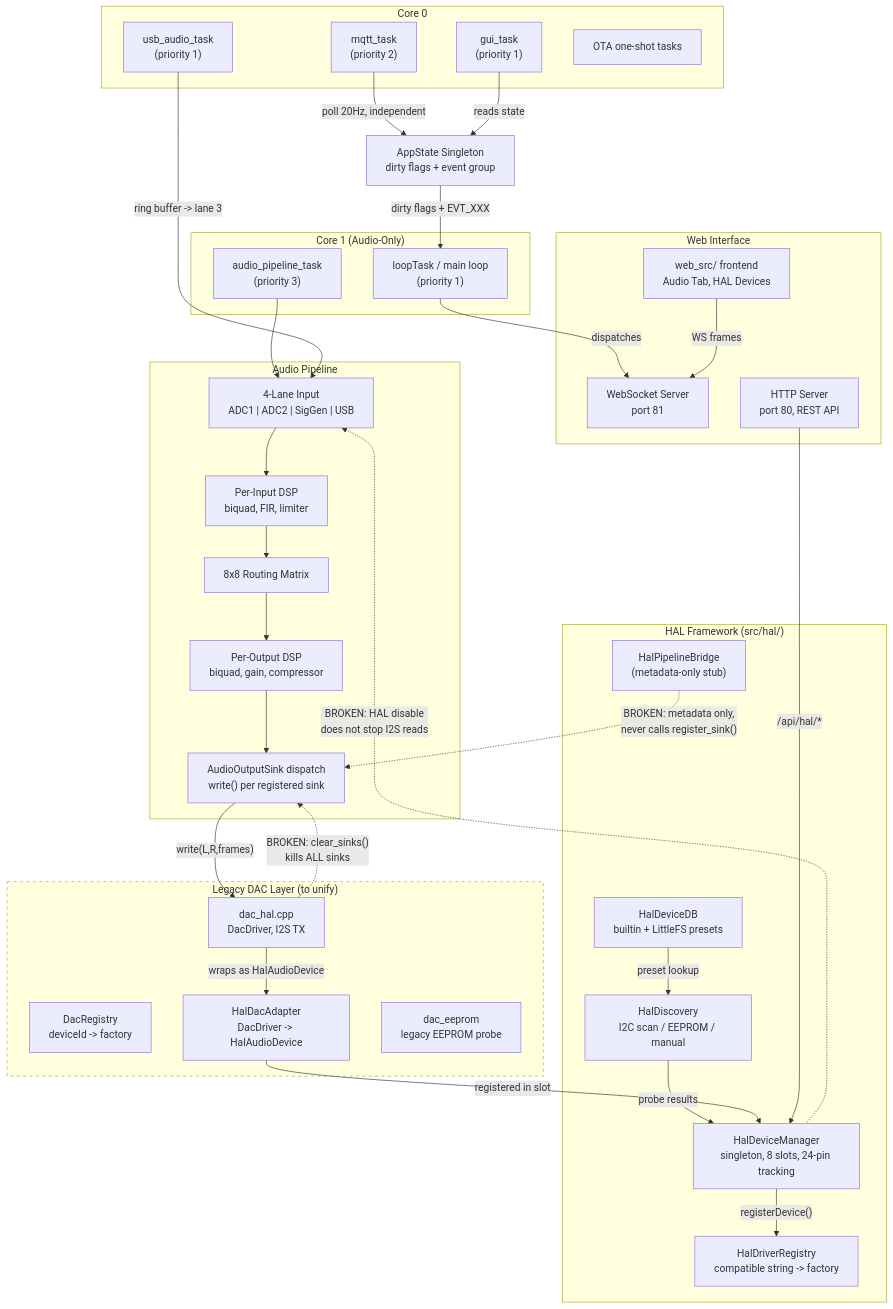
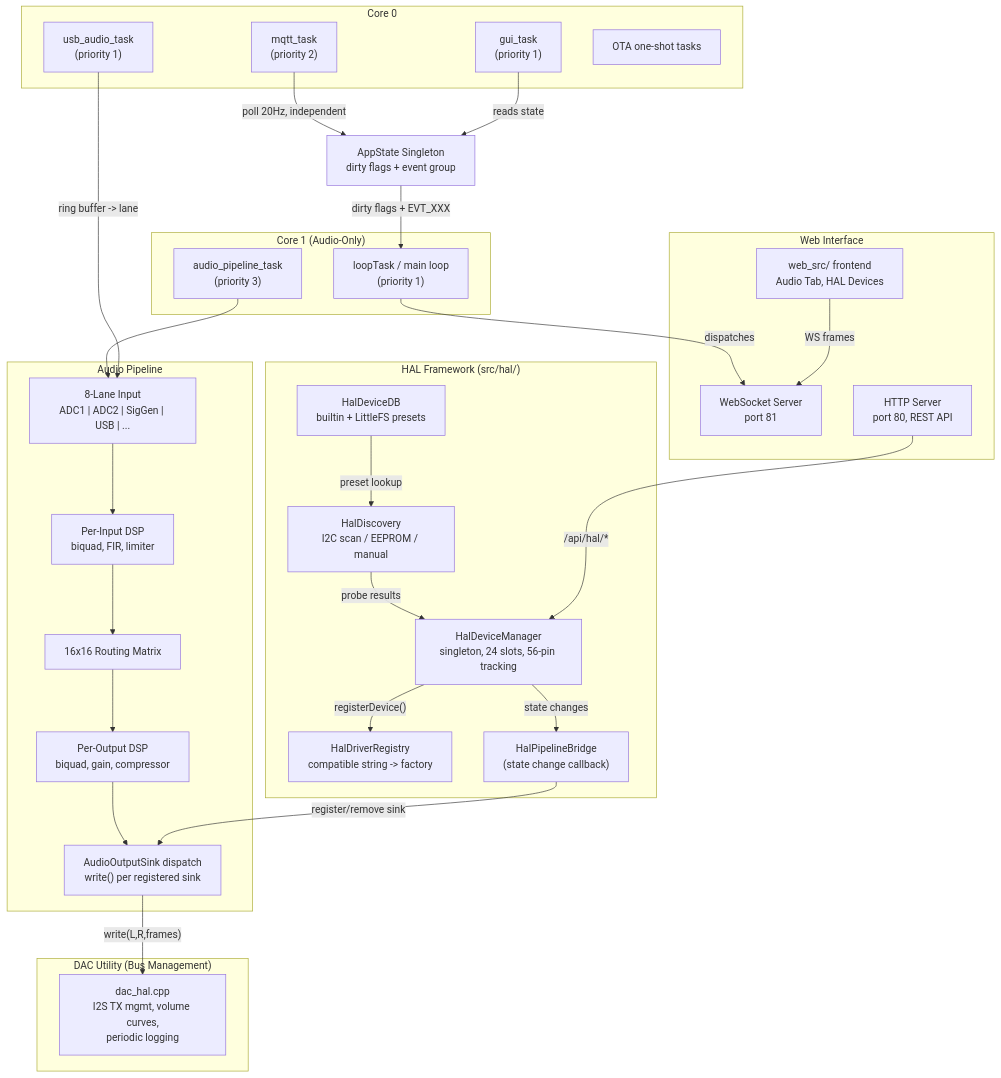
The first of 5 diagrams in docs-internal/architecture/system-interconnection.md (Schmackos/ALX_Nova_Controller_2), drawn with Mermaid before and after one commit. The commit also changed other lines of this file and 14 other files, not shown here.

First line of the commit message:
docs: fix legacy device references across Docusaurus site and architecture diagrams (#45)

````diff
--- a/docs-internal/architecture/system-interconnection.md
+++ b/docs-internal/architecture/system-interconnection.md
@@ -12,67 +11,66 @@
 ```mermaid
 graph TB
     subgraph Core1["Core 1 (Audio-Only)"]
         AP["audio_pipeline_task<br/>(priority 3)"]
         ML["loopTask / main loop<br/>(priority 1)"]
     end
 
     subgraph Core0["Core 0"]
         MQTT["mqtt_task<br/>(priority 2)"]
         GUI["gui_task<br/>(priority 1)"]
         USB["usb_audio_task<br/>(priority 1)"]
         OTA["OTA one-shot tasks"]
     end
 
     subgraph HAL["HAL Framework (src/hal/)"]
-        HM["HalDeviceManager<br/>singleton, 8 slots, 24-pin tracking"]
+        HM["HalDeviceManager<br/>singleton, 24 slots, 56-pin tracking"]
         HD["HalDiscovery<br/>I2C scan / EEPROM / manual"]
         HDB["HalDeviceDB<br/>builtin + LittleFS presets"]
         HR["HalDriverRegistry<br/>compatible string -> factory"]
-        HPB["HalPipelineBridge<br/>(metadata-only stub)"]
+        HPB["HalPipelineBridge<br/>(state change callback)"]
     end
 
     subgraph AudioPipeline["Audio Pipeline"]
-        INP["4-Lane Input<br/>ADC1 | ADC2 | SigGen | USB"]
+        INP["8-Lane Input<br/>ADC1 | ADC2 | SigGen | USB | ..."]
         DSP["Per-Input DSP<br/>biquad, FIR, limiter"]
-        MTX["8x8 Routing Matrix"]
+        MTX["16x16 Routing Matrix"]
         ODSP["Per-Output DSP<br/>biquad, gain, compressor"]
         SINKS["AudioOutputSink dispatch<br/>write() per registered sink"]
     end
 
-    subgraph LegacyDAC["Legacy DAC Layer (to unify)"]
-        style LegacyDAC stroke-dasharray: 5 5
-        DR["DacRegistry<br/>deviceId -> factory"]
-        DH["dac_hal.cpp<br/>DacDriver, I2S TX"]
-        HDA["HalDacAdapter<br/>DacDriver -> HalAudioDevice"]
-        DE["dac_eeprom<br/>legacy EEPROM probe"]
+    subgraph DacUtil["DAC Utility (Bus Management)"]
+        DH["dac_hal.cpp<br/>I2S TX mgmt, volume curves,<br/>periodic logging"]
     end
 
     subgraph WebGUI["Web Interface"]
         WS["WebSocket Server<br/>port 81"]
         HTTP["HTTP Server<br/>port 80, REST API"]
         WEB["web_src/ frontend<br/>Audio Tab, HAL Devices"]
     end
 
     AS["AppState Singleton<br/>dirty flags + event group"]
 
-    %% Working connections (solid)
+    %% HAL discovery & device registration
     HM -->|"registerDevice()"| HR
     HD -->|"probe results"| HM
     HDB -->|"preset lookup"| HD
+
+    %% Audio pipeline core flow
     AP --> INP --> DSP --> MTX --> ODSP --> SINKS
+
+    %% Bridge owns sink registration
+    HM -->|"state changes"| HPB
+    HPB -->|"register/remove sink"| SINKS
+
+    %% DAC utilities (bus layer)
     SINKS -->|"write(L,R,frames)"| DH
-    DH -->|"wraps as HalAudioDevice"| HDA
-    HDA -->|"registered in slot"| HM
+
+    %% State & main loop
     AS -->|"dirty flags + EVT_XXX"| ML
     ML -->|"dispatches"| WS
     MQTT -->|"poll 20Hz, independent"| AS
     GUI -->|"reads state"| AS
-    USB -->|"ring buffer -> lane 3"| INP
+    USB -->|"ring buffer -> lane"| INP
     WEB -->|"WS frames"| WS
     HTTP -->|"/api/hal/*"| HM
-
-    %% BROKEN connections (dashed)
-    HPB -.->|"BROKEN: metadata only,<br/>never calls register_sink()"| SINKS
-    HM -.->|"BROKEN: HAL disable<br/>does not stop I2S reads"| INP
-    DH -.->|"BROKEN: clear_sinks()<br/>kills ALL sinks"| SINKS
 ```
````
